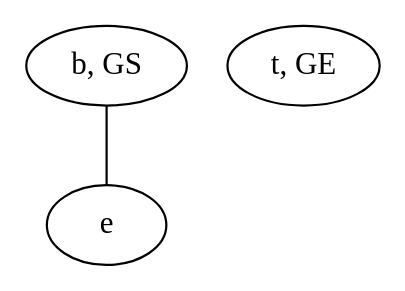
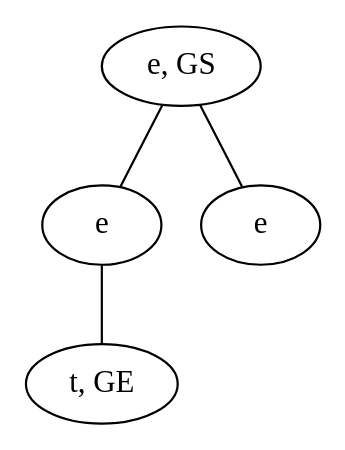
Before and after one commit to schrum2/MM-NEAT: the diagram in data/VGLC/Zelda/rules/1/11_E-t.dot, drawn with Graphviz. The commit also changed 30 other files, not shown here.

Commit message:
Add soft locks to Zelda Graph Grammar

```diff
--- a/data/VGLC/Zelda/rules/1/11_E-t.dot
+++ b/data/VGLC/Zelda/rules/1/11_E-t.dot
@@ -1,6 +1,9 @@
 graph {
-DClL [label="b, GS"]
-lepp [label="t, GE"]
-lvhv [label="e"]
-DClL -- lvhv
+rQkA [label="e, GS"]
+gOAB [label="t, GE"]
+siai [label="e"]
+QEMD [label="e"]
+rQkA -- siai
+rQkA -- QEMD
+siai -- gOAB
 }
```
